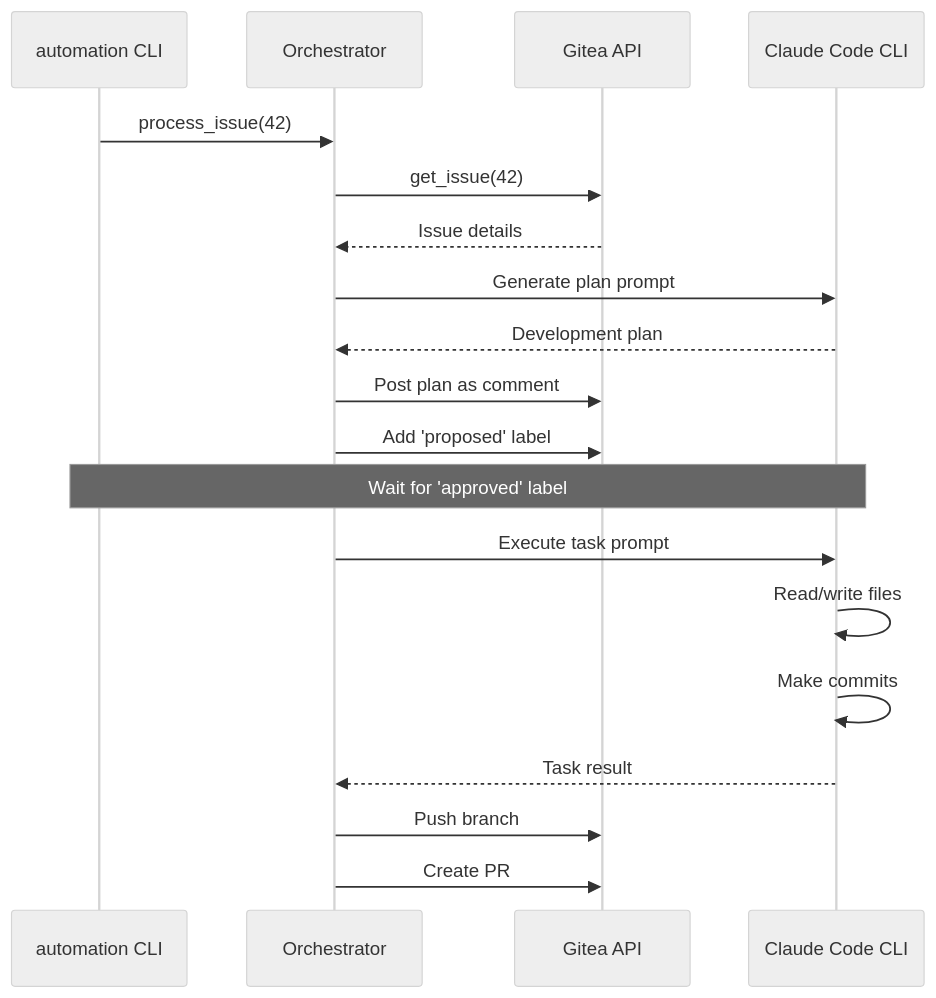
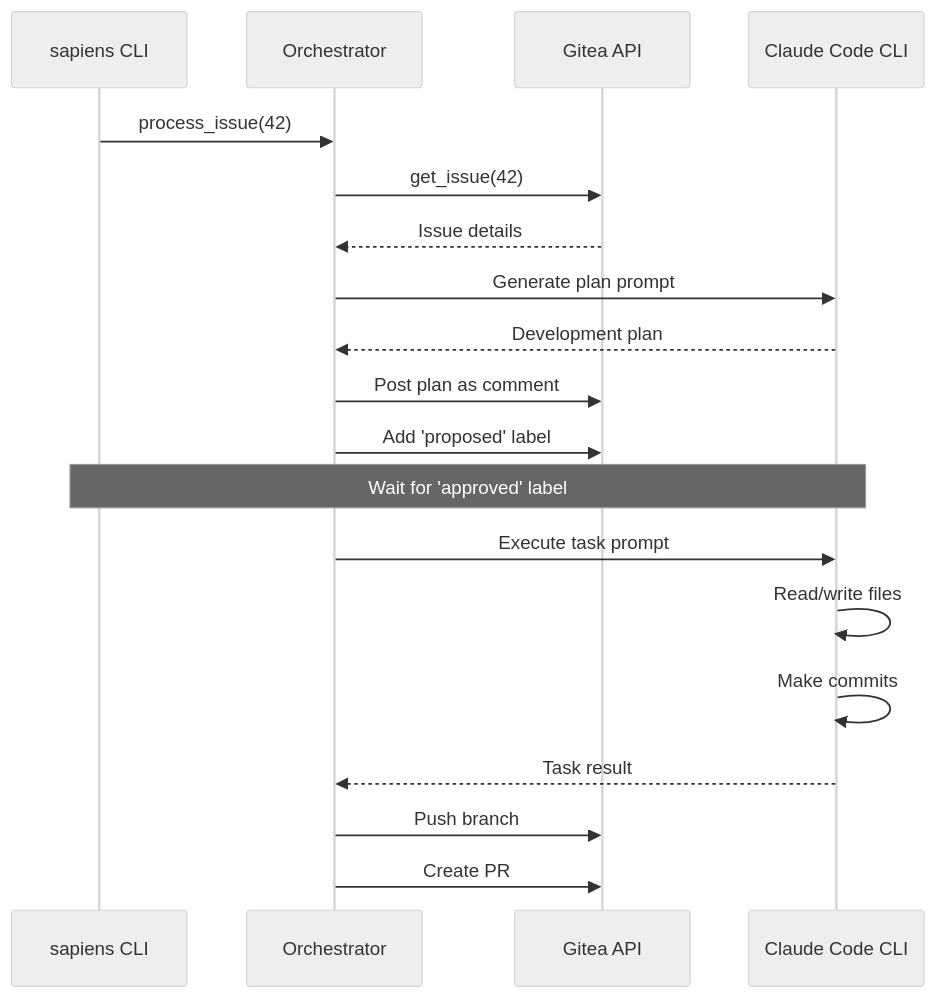
One commit to savorywatt/repo-sapiens changed the second of 2 diagrams in docs/LOCAL_EXECUTION_WORKFLOW.md. Above: the diagram before and after it, drawn with Mermaid (neutral theme). The commit also changed other lines of this file and 27 other files, not shown here.

First line of the commit message:
docs: Update all CLI references to sapiens command

````diff
--- a/docs/LOCAL_EXECUTION_WORKFLOW.md
+++ b/docs/LOCAL_EXECUTION_WORKFLOW.md
@@ -315,27 +315,27 @@
 ```mermaid
 sequenceDiagram
-    participant CLI as automation CLI
+    participant CLI as sapiens CLI
     participant Orch as Orchestrator
     participant Git as Gitea API
     participant Claude as Claude Code CLI
 
     CLI->>Orch: process_issue(42)
     Orch->>Git: get_issue(42)
     Git-->>Orch: Issue details
 
     Orch->>Claude: Generate plan prompt
     Claude-->>Orch: Development plan
 
     Orch->>Git: Post plan as comment
     Orch->>Git: Add 'proposed' label
 
     Note over CLI,Claude: Wait for 'approved' label
 
     Orch->>Claude: Execute task prompt
     Claude->>Claude: Read/write files
     Claude->>Claude: Make commits
     Claude-->>Orch: Task result
 
     Orch->>Git: Push branch
     Orch->>Git: Create PR
 ```
````
